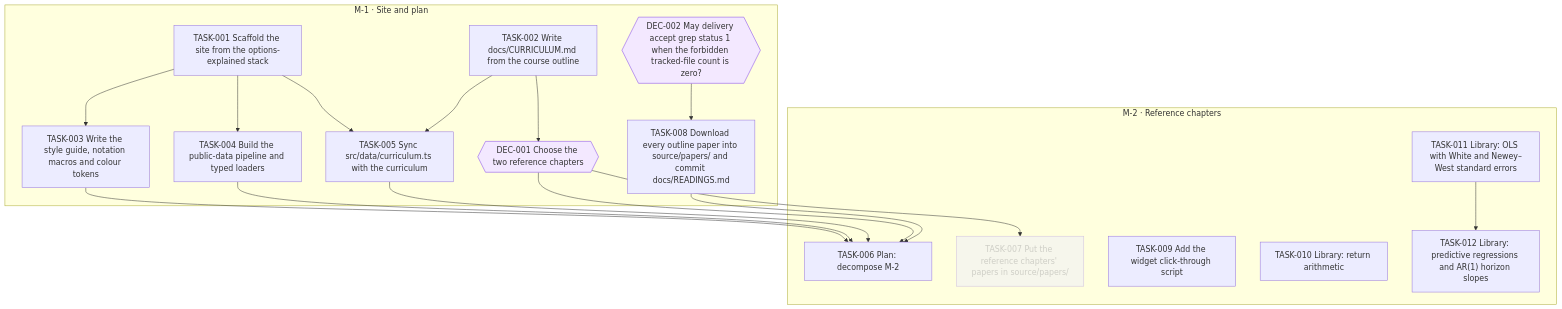
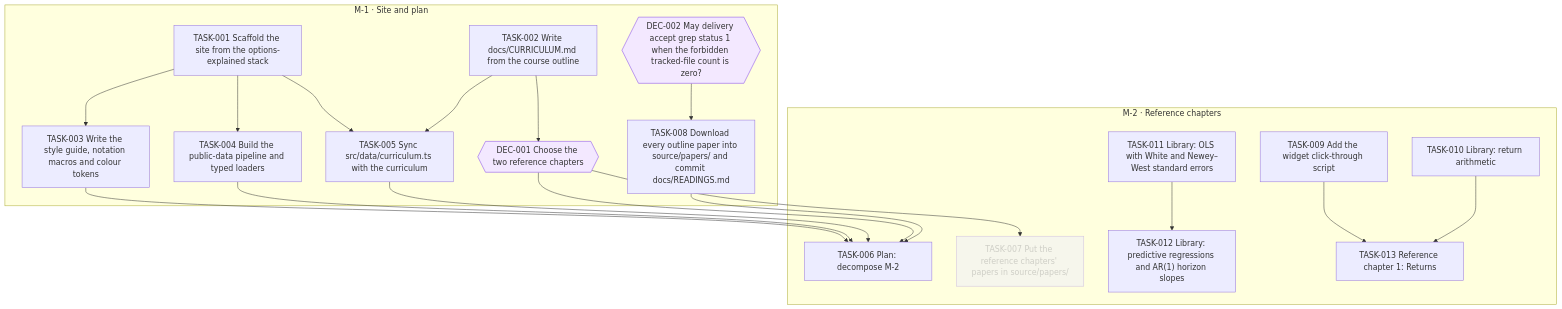
Before and after one commit to all-explained/empirical-finance-lbs: the diagram in goals/course-site/README.md, drawn with Mermaid. The commit also changed 1 other file, not shown here.

Commit message:
goal(course-site): add TASK-013 Reference chapter 1: Returns

````diff
--- a/goals/course-site/README.md
+++ b/goals/course-site/README.md
@@ -39,40 +39,43 @@
 ```mermaid
 flowchart TD
   subgraph M_1["M-1 · Site and plan"]
     DEC_001{{"DEC-001 Choose the two reference chapters"}}
     DEC_002{{"DEC-002 May delivery accept grep status 1 when the forbidden tracked-file count is zero?"}}
     TASK_001["TASK-001 Scaffold the site from the options-explained stack"]
     TASK_002["TASK-002 Write docs/CURRICULUM.md from the course outline"]
     TASK_003["TASK-003 Write the style guide, notation macros and colour tokens"]
     TASK_004["TASK-004 Build the public-data pipeline and typed loaders"]
     TASK_005["TASK-005 Sync src/data/curriculum.ts with the curriculum"]
     TASK_008["TASK-008 Download every outline paper into source/papers/ and commit docs/READINGS.md"]
   end
   subgraph M_2["M-2 · Reference chapters"]
     TASK_006["TASK-006 Plan: decompose M-2"]
     TASK_007["TASK-007 Put the reference chapters' papers in source/papers/"]
     TASK_009["TASK-009 Add the widget click-through script"]
     TASK_010["TASK-010 Library: return arithmetic"]
     TASK_011["TASK-011 Library: OLS with White and Newey–West standard errors"]
     TASK_012["TASK-012 Library: predictive regressions and AR(1) horizon slopes"]
+    TASK_013["TASK-013 Reference chapter 1: Returns"]
   end
   TASK_002 --> DEC_001
   TASK_001 --> TASK_003
   TASK_001 --> TASK_004
   TASK_001 --> TASK_005
   TASK_002 --> TASK_005
   TASK_003 --> TASK_006
   TASK_004 --> TASK_006
   TASK_005 --> TASK_006
   DEC_001 --> TASK_006
   TASK_008 --> TASK_006
   DEC_001 --> TASK_007
   DEC_002 --> TASK_008
   TASK_011 --> TASK_012
+  TASK_009 --> TASK_013
+  TASK_010 --> TASK_013
   classDef draft stroke-dasharray: 4 3
   classDef cancelled opacity:0.45
   classDef decision fill:#f3e8ff,stroke:#7c3aed
   class TASK_007 cancelled
   class DEC_001 decision
   class DEC_002 decision
 ```
````
